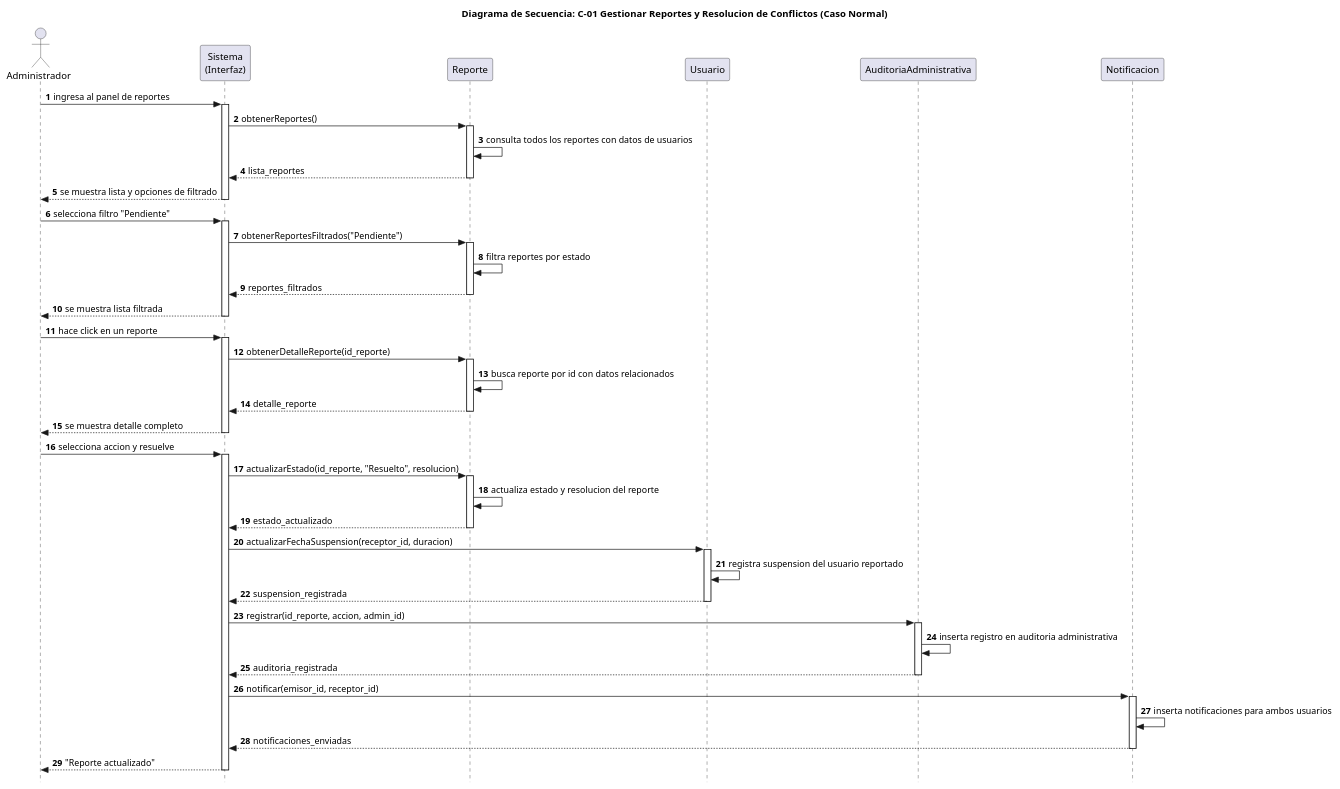
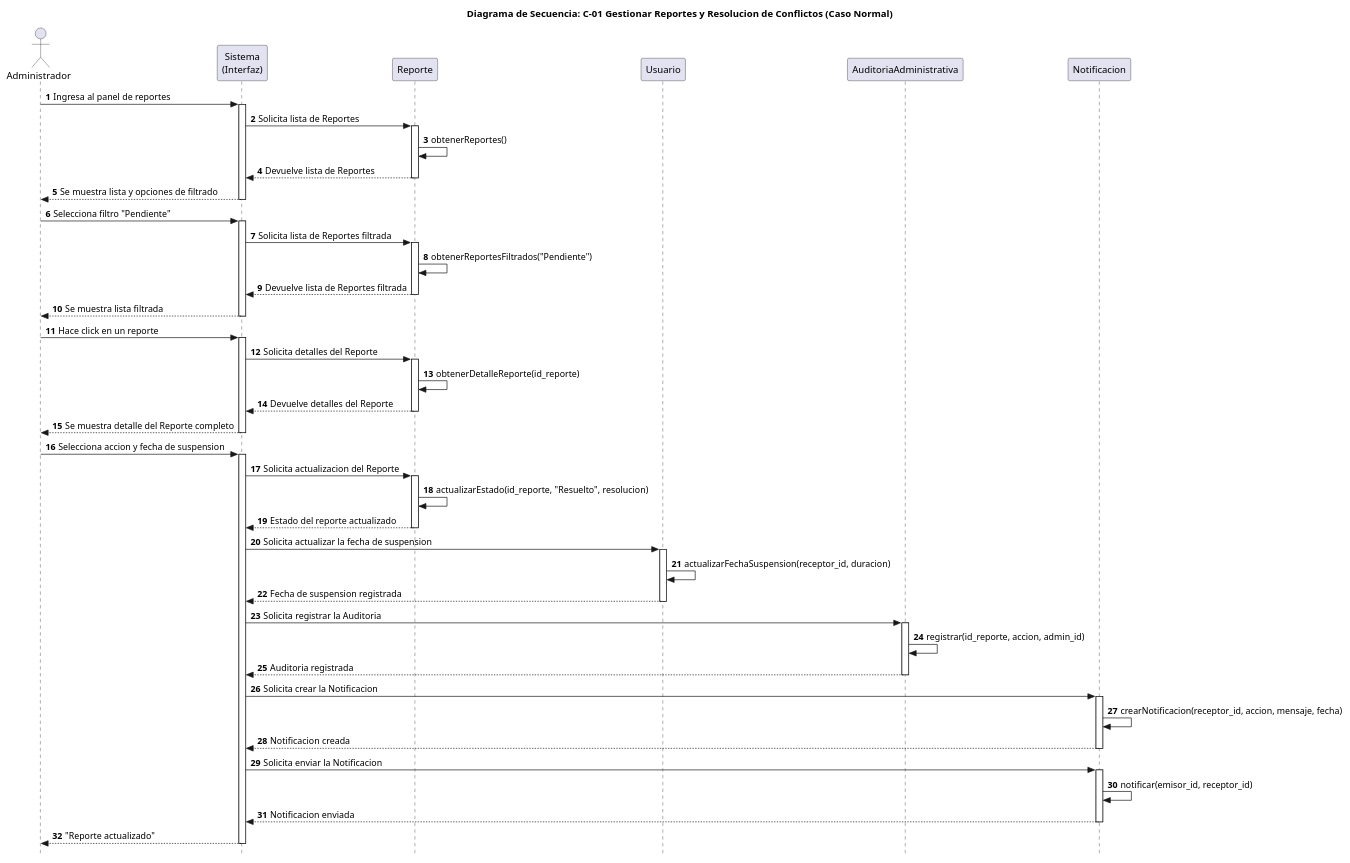
The diagram in docs/puml/C-01GestionarReportesyResolucióndeConflictos(Caso Normal).puml (SantiagoScetti/sic-unne-admin), drawn with PlantUML before and after one commit. The commit also changed 5 other files, not shown here.

Commit message:
Actualizacion de codigos UML

```diff
--- a/docs/puml/C-01GestionarReportesyResolucióndeConflictos(Caso Normal).puml
+++ b/docs/puml/C-01GestionarReportesyResolucióndeConflictos(Caso Normal).puml
@@ -1,85 +1,92 @@
 @startuml
 
 title Diagrama de Secuencia: C-01 Gestionar Reportes y Resolucion de Conflictos (Caso Normal)
 
 skinparam style strictuml
 skinparam ParticipantPadding 40
 skinparam BoxPadding 20
 
 autonumber
 
 actor Administrador
 
 participant "Sistema\n(Interfaz)"        as Interfaz
 participant "Reporte"                    as R
 participant "Usuario"                    as U
 participant "AuditoriaAdministrativa"    as A
 participant "Notificacion"               as N
 
-Administrador -> Interfaz: ingresa al panel de reportes
+Administrador -> Interfaz: Ingresa al panel de reportes
 activate Interfaz
 
-Interfaz -> R: obtenerReportes()
+Interfaz -> R: Solicita lista de Reportes
 activate R
-R -> R: consulta todos los reportes con datos de usuarios
-Interfaz <-- R: lista_reportes
+R -> R: obtenerReportes()
+Interfaz <-- R: Devuelve lista de Reportes
 deactivate R
 
-Interfaz --> Administrador: se muestra lista y opciones de filtrado
+Interfaz --> Administrador: Se muestra lista y opciones de filtrado
 deactivate Interfaz
 
-Administrador -> Interfaz: selecciona filtro "Pendiente"
+Administrador -> Interfaz: Selecciona filtro "Pendiente"
 activate Interfaz
 
-Interfaz -> R: obtenerReportesFiltrados("Pendiente")
+Interfaz -> R: Solicita lista de Reportes filtrada
 activate R
-R -> R: filtra reportes por estado
-Interfaz <-- R: reportes_filtrados
+R -> R: obtenerReportesFiltrados("Pendiente")
+Interfaz <-- R: Devuelve lista de Reportes filtrada
 deactivate R
 
-Interfaz --> Administrador: se muestra lista filtrada
+Interfaz --> Administrador: Se muestra lista filtrada
 deactivate Interfaz
 
-Administrador -> Interfaz: hace click en un reporte
+Administrador -> Interfaz: Hace click en un reporte
 activate Interfaz
 
-Interfaz -> R: obtenerDetalleReporte(id_reporte)
+Interfaz -> R: Solicita detalles del Reporte
 activate R
-R -> R: busca reporte por id con datos relacionados
-Interfaz <-- R: detalle_reporte
+R -> R: obtenerDetalleReporte(id_reporte)
+Interfaz <-- R: Devuelve detalles del Reporte
 deactivate R
 
-Interfaz --> Administrador: se muestra detalle completo
+Interfaz --> Administrador: Se muestra detalle del Reporte completo
 deactivate Interfaz
 
-Administrador -> Interfaz: selecciona accion y resuelve
+Administrador -> Interfaz: Selecciona accion y fecha de suspension
 activate Interfaz
 
-Interfaz -> R: actualizarEstado(id_reporte, "Resuelto", resolucion)
+Interfaz -> R: Solicita actualizacion del Reporte
 activate R
-R -> R: actualiza estado y resolucion del reporte
-Interfaz <-- R: estado_actualizado
+R -> R: actualizarEstado(id_reporte, "Resuelto", resolucion)
+Interfaz <-- R: Estado del reporte actualizado
 deactivate R
 
-Interfaz -> U: actualizarFechaSuspension(receptor_id, duracion)
+Interfaz -> U: Solicita actualizar la fecha de suspension
 activate U
-U -> U: registra suspension del usuario reportado
-Interfaz <-- U: suspension_registrada
+U -> U: actualizarFechaSuspension(receptor_id, duracion)
+Interfaz <-- U: Fecha de suspension registrada
 deactivate U
 
-Interfaz -> A: registrar(id_reporte, accion, admin_id)
+
+Interfaz -> A: Solicita registrar la Auditoria
 activate A
-A -> A: inserta registro en auditoria administrativa
-Interfaz <-- A: auditoria_registrada
+A -> A: registrar(id_reporte, accion, admin_id)
+Interfaz <-- A: Auditoria registrada
 deactivate A
 
-Interfaz -> N: notificar(emisor_id, receptor_id)
+Interfaz -> N: Solicita crear la Notificacion
 activate N
-N -> N: inserta notificaciones para ambos usuarios
-Interfaz <-- N: notificaciones_enviadas
+N -> N: crearNotificacion(receptor_id, accion, mensaje, fecha)
+Interfaz <-- N: Notificacion creada
+deactivate N
+
+Interfaz -> N: Solicita enviar la Notificacion
+activate N
+N -> N: notificar(emisor_id, receptor_id)
+Interfaz <-- N: Notificacion enviada
 deactivate N
 
 Interfaz --> Administrador: "Reporte actualizado"
 deactivate Interfaz
 
 @enduml
```
